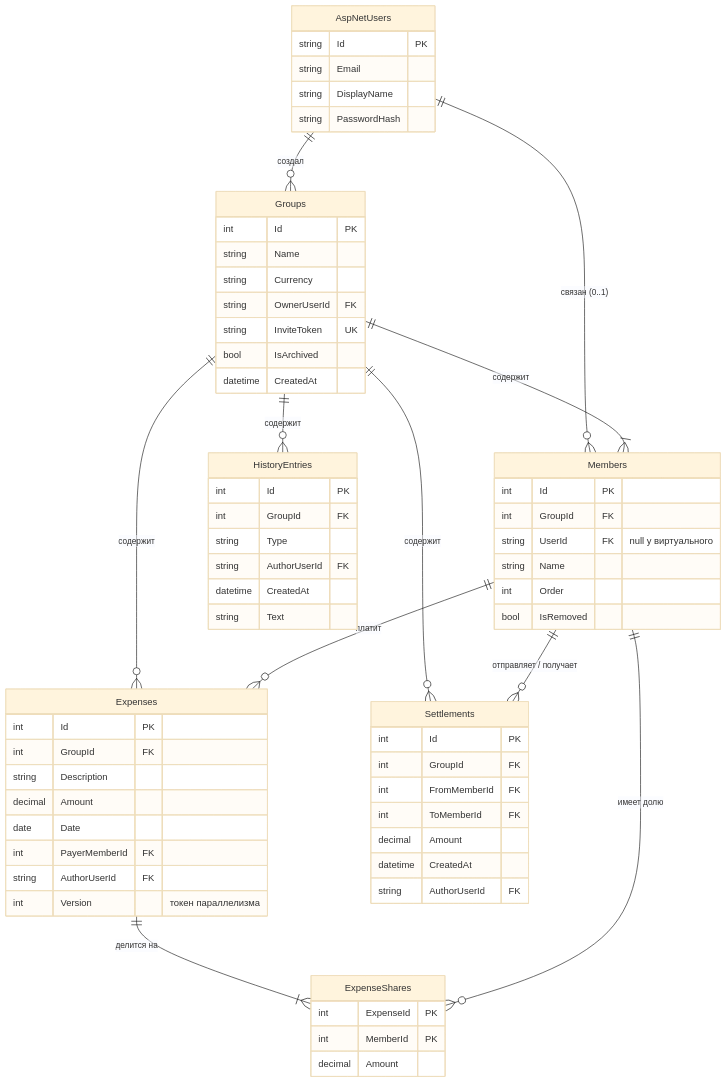
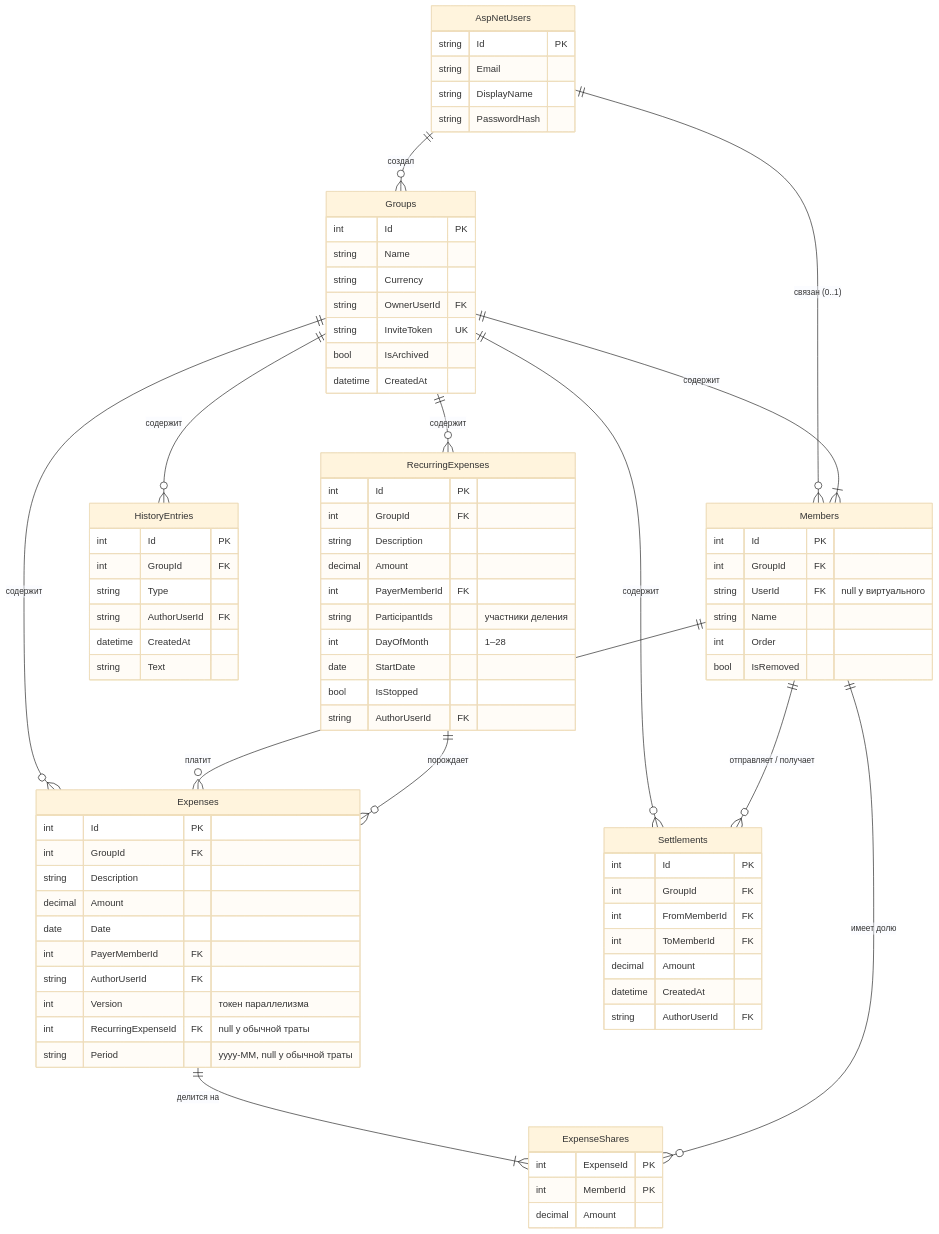
One commit to ykleyka/SDLC changed the second of 2 diagrams in docs/design/sdd.md. Above: the diagram before and after it, drawn with Mermaid (base theme). The commit also changed other lines of this file and 4 other files, not shown here.

```diff
--- a/docs/design/sdd.md
+++ b/docs/design/sdd.md
@@ -381,6 +330,8 @@
     Expenses ||--|{ ExpenseShares : "делится на"
     Members ||--o{ ExpenseShares : "имеет долю"
     Members ||--o{ Settlements : "отправляет / получает"
+    Groups ||--o{ RecurringExpenses : "содержит"
+    RecurringExpenses ||--o{ Expenses : "порождает"
 
     AspNetUsers {
         string Id PK
@@ -414,6 +365,20 @@
         int PayerMemberId FK
         string AuthorUserId FK
         int Version "токен параллелизма"
+        int RecurringExpenseId FK "null у обычной траты"
+        string Period "yyyy-MM, null у обычной траты"
+    }
+    RecurringExpenses {
+        int Id PK
+        int GroupId FK
+        string Description
+        decimal Amount
+        int PayerMemberId FK
+        string ParticipantIds "участники деления"
+        int DayOfMonth "1–28"
+        date StartDate
+        bool IsStopped
+        string AuthorUserId FK
     }
     ExpenseShares {
         int ExpenseId PK
```
